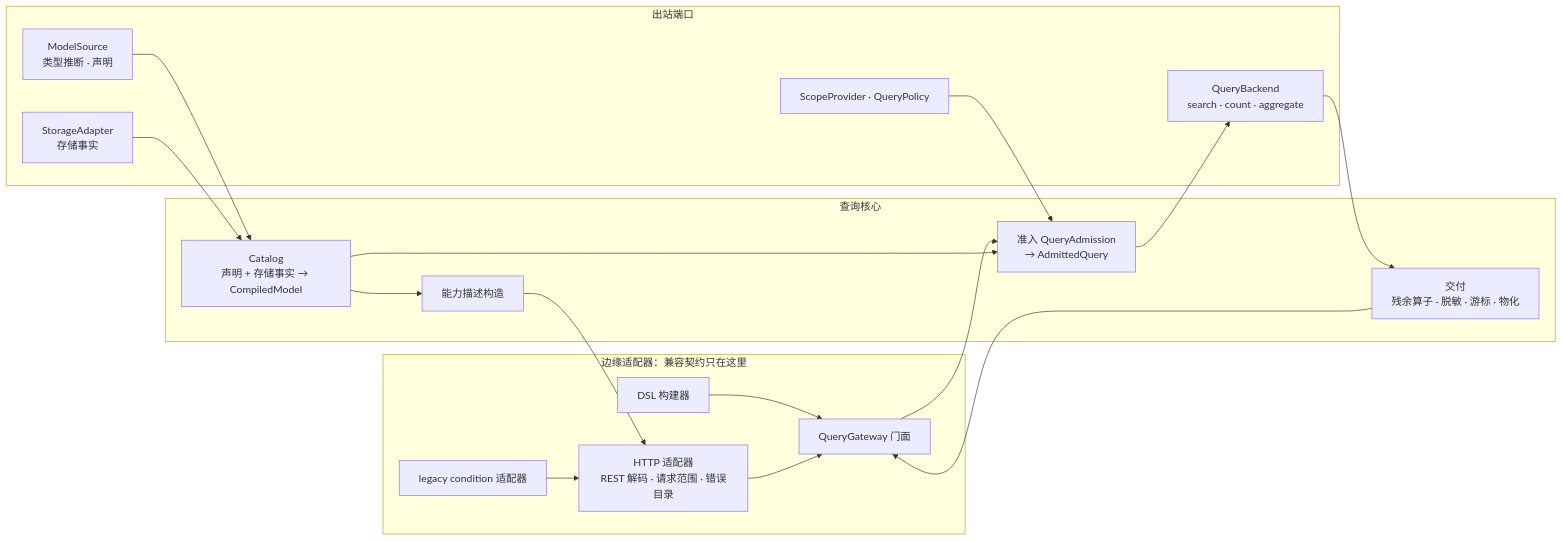
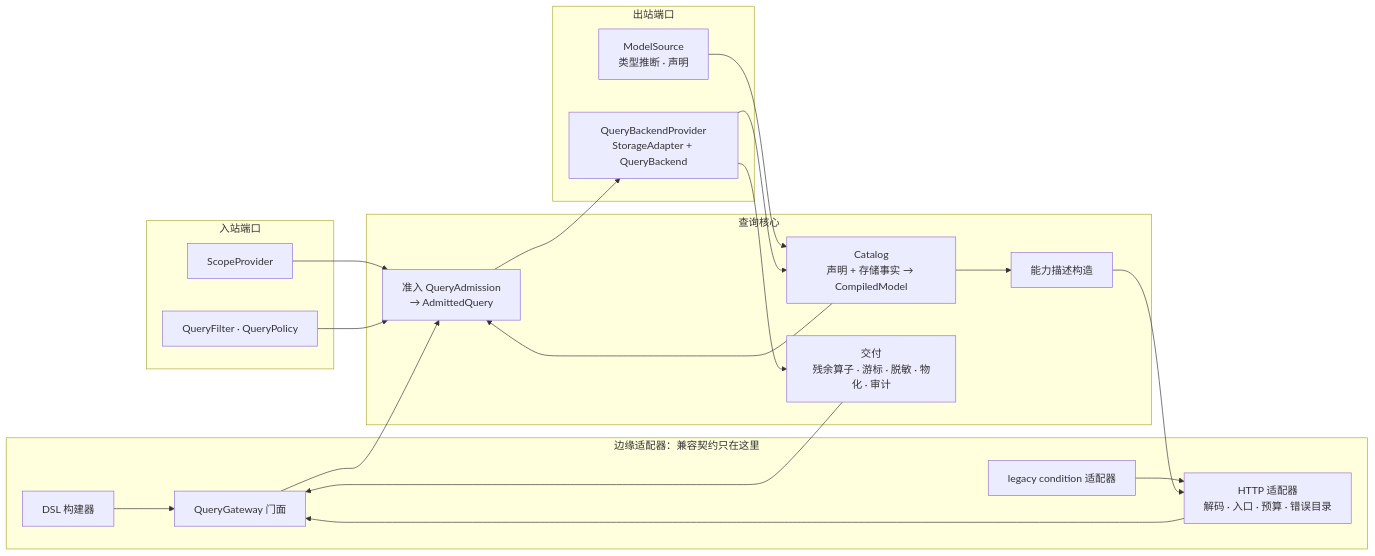
Before and after one commit to Ahoo-Wang/Wow: the first of 2 diagrams in documentation/designs/2026-09-24-query-target-architecture-design.md, drawn with Mermaid. The commit also changed other lines of this file, not shown here.

````diff
--- a/documentation/designs/2026-09-24-query-target-architecture-design.md
+++ b/documentation/designs/2026-09-24-query-target-architecture-design.md
@@ -53,37 +61,41 @@
 ```mermaid
 flowchart LR
     subgraph Edge[边缘适配器：兼容契约只在这里]
         GW[QueryGateway 门面]
-        HTTP[HTTP 适配器<br/>REST 解码 · 请求范围 · 错误目录]
+        HTTP[HTTP 适配器<br/>解码 · 入口 · 预算 · 错误目录]
         DSL[DSL 构建器]
         LEG[legacy condition 适配器]
+    end
+
+    subgraph In[入站端口]
+        SCOPE[ScopeProvider]
+        POL[QueryFilter · QueryPolicy]
     end
 
     subgraph Core[查询核心]
         CAT[Catalog<br/>声明 + 存储事实 → CompiledModel]
         ADM[准入 QueryAdmission<br/>→ AdmittedQuery]
-        DEL[交付<br/>残余算子 · 脱敏 · 游标 · 物化]
+        DEL[交付<br/>残余算子 · 游标 · 脱敏 · 物化 · 审计]
         DESC[能力描述构造]
     end
 
-    subgraph SPI[出站端口]
+    subgraph Out[出站端口]
         SRC[ModelSource<br/>类型推断 · 声明]
-        STO[StorageAdapter<br/>存储事实]
-        BE[QueryBackend<br/>search · count · aggregate]
-        SCOPE[ScopeProvider · QueryPolicy]
+        PROV[QueryBackendProvider<br/>StorageAdapter + QueryBackend]
     end
 
     DSL --> GW
     LEG --> HTTP
     HTTP --> GW
+    SCOPE --> ADM
+    POL --> ADM
     GW --> ADM
     CAT --> ADM
-    ADM --> BE
-    BE --> DEL
+    ADM --> PROV
+    PROV --> DEL
     DEL --> GW
     CAT --> DESC
     DESC --> HTTP
     SRC --> CAT
-    STO --> CAT
-    SCOPE --> ADM
+    PROV --> CAT
 ```
````
